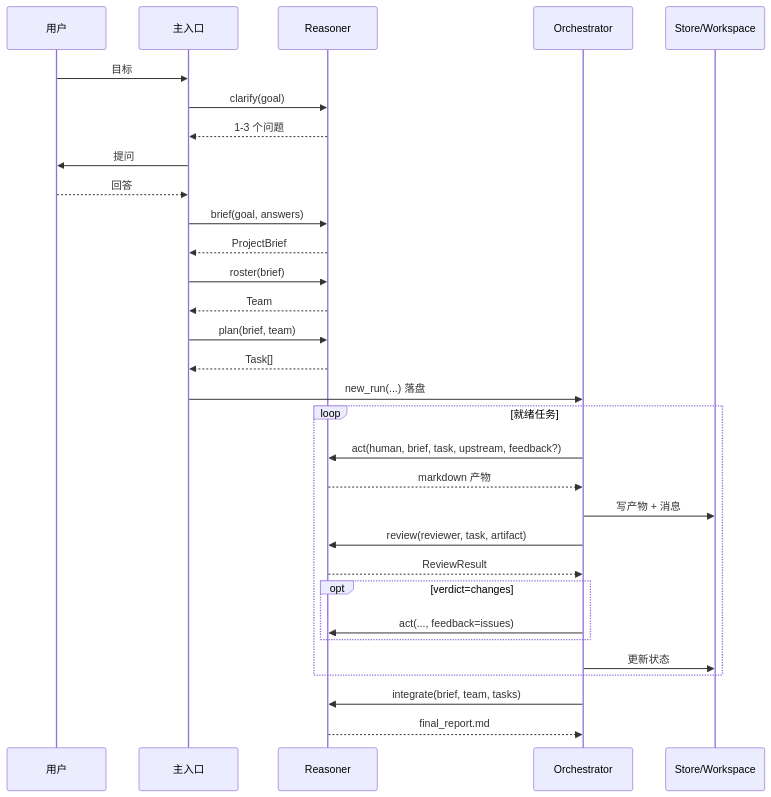
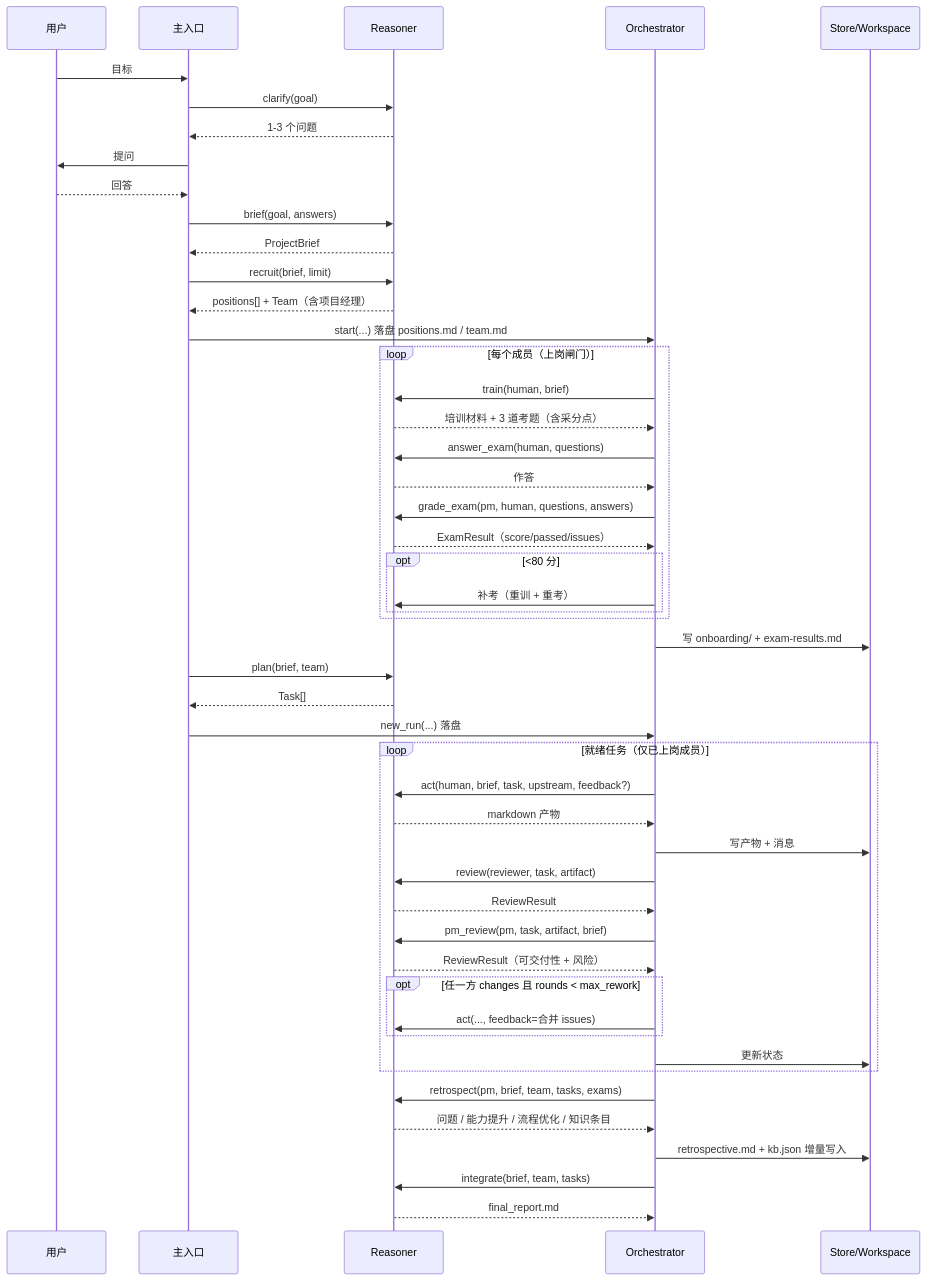
The second of 2 diagrams in docs/tech-design.md (leisurely94/AIteam), drawn with Mermaid before and after one commit. The commit also changed other lines of this file and 14 other files, not shown here.

````diff
--- a/docs/tech-design.md
+++ b/docs/tech-design.md
@@ -110,33 +138,51 @@
 ```mermaid
 sequenceDiagram
     participant U as 用户
     participant E as 主入口
     participant R as Reasoner
     participant O as Orchestrator
     participant S as Store/Workspace
     U->>E: 目标
     E->>R: clarify(goal)
     R-->>E: 1-3 个问题
     E->>U: 提问
     U-->>E: 回答
     E->>R: brief(goal, answers)
     R-->>E: ProjectBrief
-    E->>R: roster(brief)
-    R-->>E: Team
+    E->>R: recruit(brief, limit)
+    R-->>E: positions[] + Team（含项目经理）
+    E->>O: start(...) 落盘 positions.md / team.md
+    loop 每个成员（上岗闸门）
+        O->>R: train(human, brief)
+        R-->>O: 培训材料 + 3 道考题（含采分点）
+        O->>R: answer_exam(human, questions)
+        R-->>O: 作答
+        O->>R: grade_exam(pm, human, questions, answers)
+        R-->>O: ExamResult（score/passed/issues）
+        opt <80 分
+            O->>R: 补考（重训 + 重考）
+        end
+    end
+    O->>S: 写 onboarding/ + exam-results.md
     E->>R: plan(brief, team)
     R-->>E: Task[]
     E->>O: new_run(...) 落盘
-    loop 就绪任务
+    loop 就绪任务（仅已上岗成员）
         O->>R: act(human, brief, task, upstream, feedback?)
         R-->>O: markdown 产物
         O->>S: 写产物 + 消息
         O->>R: review(reviewer, task, artifact)
         R-->>O: ReviewResult
-        opt verdict=changes
-            O->>R: act(..., feedback=issues)
+        O->>R: pm_review(pm, task, artifact, brief)
+        R-->>O: ReviewResult（可交付性 + 风险）
+        opt 任一方 changes 且 rounds < max_rework
+            O->>R: act(..., feedback=合并 issues)
         end
         O->>S: 更新状态
     end
+    O->>R: retrospect(pm, brief, team, tasks, exams)
+    R-->>O: 问题 / 能力提升 / 流程优化 / 知识条目
+    O->>S: retrospective.md + kb.json 增量写入
     O->>R: integrate(brief, team, tasks)
     R-->>O: final_report.md
 ```
````
